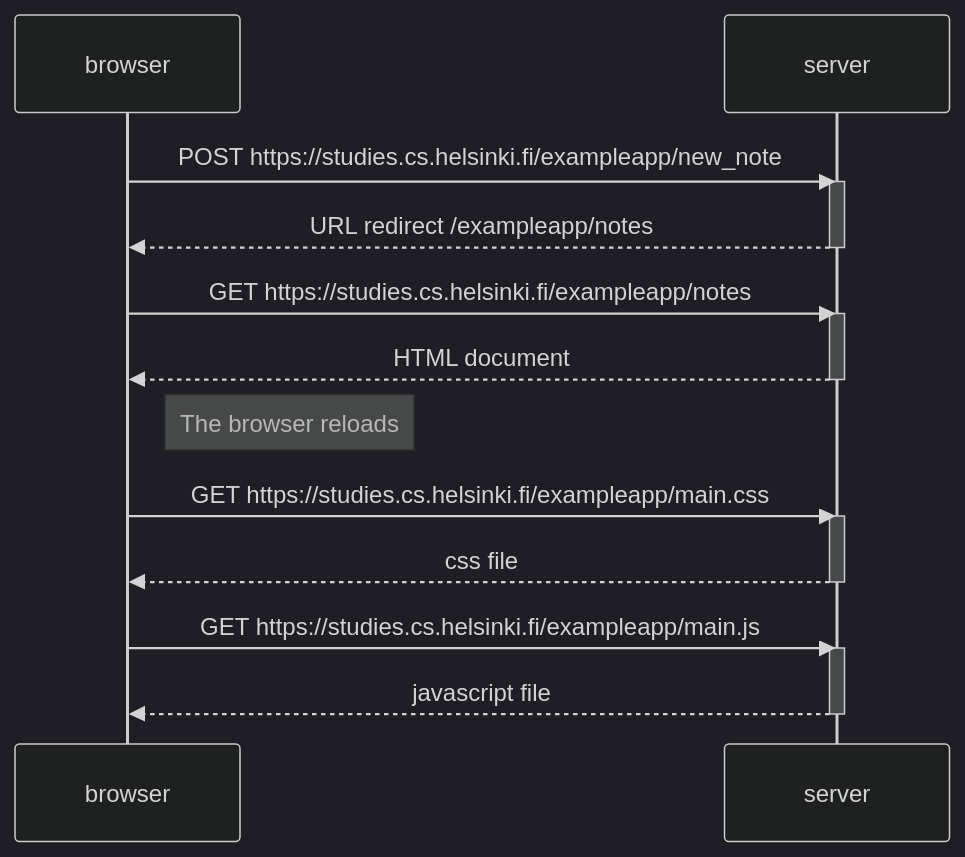
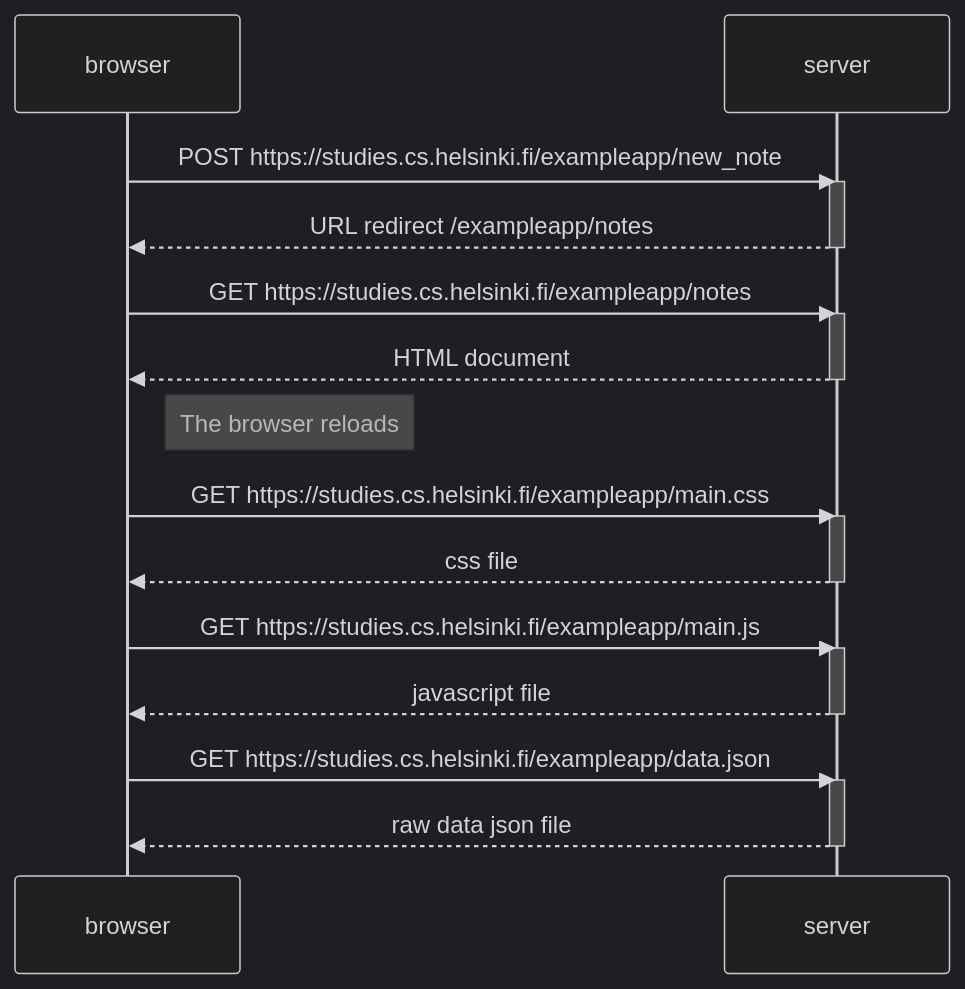
One commit to ngarciaotero/full_stack_open changed the diagram in part_0/new_note_diagram.md. Above: the diagram before and after it, drawn with Mermaid (dark theme).

Commit message:
added broswer GET HTTP request for the data and the servers response

````diff
--- a/part_0/new_note_diagram.md
+++ b/part_0/new_note_diagram.md
@@ -1,27 +1,32 @@
 ```mermaid
 sequenceDiagram
     participant browser
     participant server
 
     browser->>server: POST https://studies.cs.helsinki.fi/exampleapp/new_note
     activate server
     server-->>browser: URL redirect /exampleapp/notes
     deactivate server
 
     browser->>server: GET https://studies.cs.helsinki.fi/exampleapp/notes
     activate server
     server-->>browser: HTML document
     deactivate server
 
     Note right of browser: The browser reloads
 
     browser->>server: GET https://studies.cs.helsinki.fi/exampleapp/main.css
     activate server
     server-->>browser: css file
     deactivate server
 
     browser->>server: GET https://studies.cs.helsinki.fi/exampleapp/main.js
     activate server
     server-->>browser: javascript file
     deactivate server
+
+    browser->>server: GET https://studies.cs.helsinki.fi/exampleapp/data.json
+    activate server
+    server-->>browser: raw data json file
+    deactivate server
 ```
````
